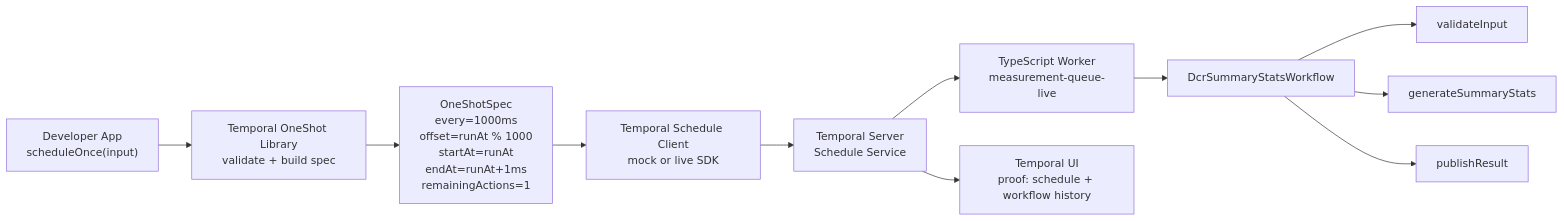
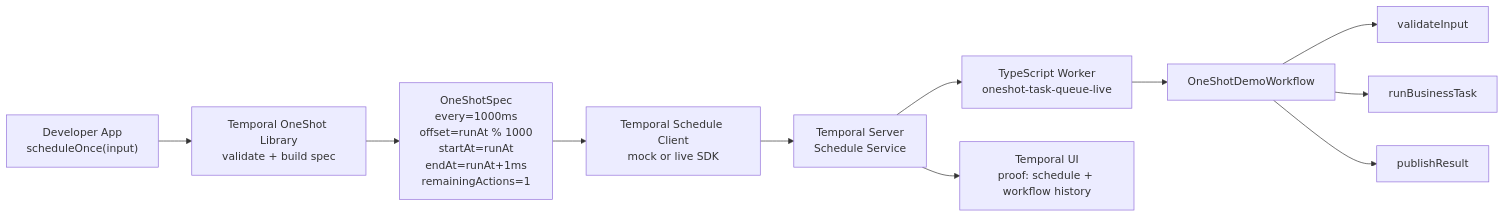
One commit to harimanasa/Temporal-OneShot changed the diagram in slide-architecture.mmd. Above: the diagram before and after it, drawn with Mermaid. The commit also changed 10 other files, not shown here.

Commit message:
Rename demo workflow and queue

```diff
--- a/slide-architecture.mmd
+++ b/slide-architecture.mmd
@@ -1,11 +1,11 @@
 flowchart LR
   Dev["Developer App<br/>scheduleOnce(input)"] --> Lib["Temporal OneShot Library<br/>validate + build spec"]
   Lib --> Plan["OneShotSpec<br/>every=1000ms<br/>offset=runAt % 1000<br/>startAt=runAt<br/>endAt=runAt+1ms<br/>remainingActions=1"]
   Plan --> Client["Temporal Schedule Client<br/>mock or live SDK"]
   Client --> Server["Temporal Server<br/>Schedule Service"]
-  Server --> Worker["TypeScript Worker<br/>measurement-queue-live"]
-  Worker --> Workflow["DcrSummaryStatsWorkflow"]
+  Server --> Worker["TypeScript Worker<br/>oneshot-task-queue-live"]
+  Worker --> Workflow["OneShotDemoWorkflow"]
   Workflow --> A1["validateInput"]
-  Workflow --> A2["generateSummaryStats"]
+  Workflow --> A2["runBusinessTask"]
   Workflow --> A3["publishResult"]
   Server --> UI["Temporal UI<br/>proof: schedule + workflow history"]
```
